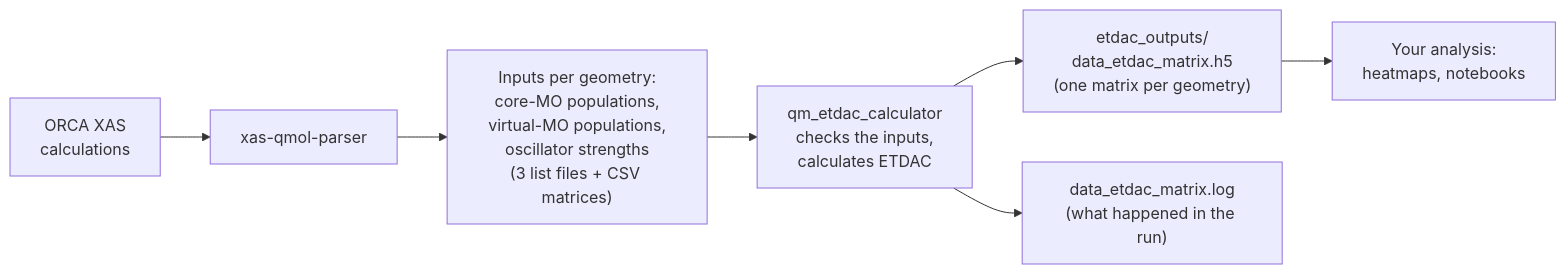
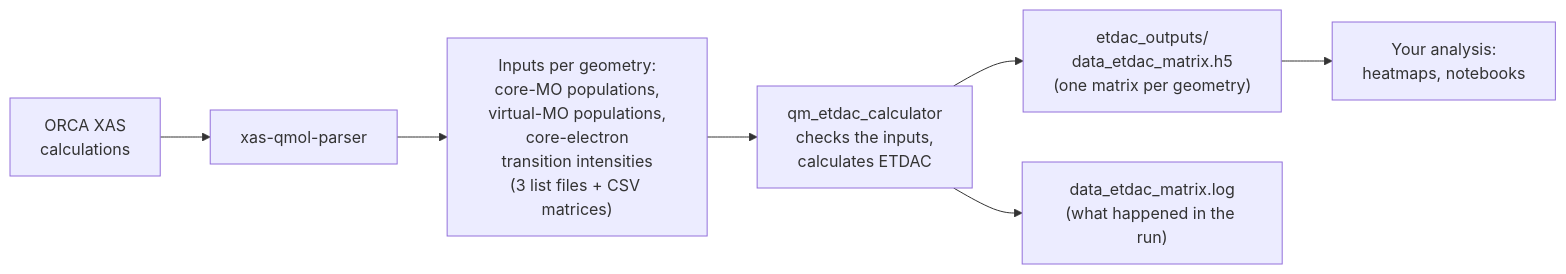
The diagram in README.md (caraortizmah/atomistic_oscillator_strength), drawn with Mermaid before and after one commit. The commit also changed other lines of this file and 2 other files, not shown here.

````diff
--- a/README.md
+++ b/README.md
@@ -13,9 +13,9 @@
 ```mermaid
 flowchart LR
     A["ORCA XAS<br/>calculations"] --> B["xas-qmol-parser"]
-    B --> C["Inputs per geometry:<br/>core-MO populations,<br/>virtual-MO populations,<br/>oscillator strengths<br/>(3 list files + CSV matrices)"]
+    B --> C["Inputs per geometry:<br/>core-MO populations,<br/>virtual-MO populations,<br/>core-electron<br/>transition intensities<br/>(3 list files + CSV matrices)"]
     C --> D["qm_etdac_calculator<br/>checks the inputs,<br/>calculates ETDAC"]
     D --> E["etdac_outputs/<br/>data_etdac_matrix.h5<br/>(one matrix per geometry)"]
     D --> F["data_etdac_matrix.log<br/>(what happened in the run)"]
     E --> G["Your analysis:<br/>heatmaps, notebooks"]
 ```
````
